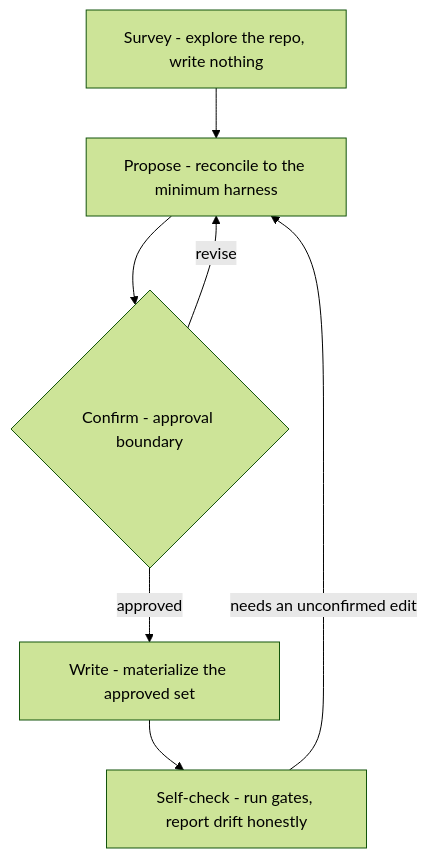
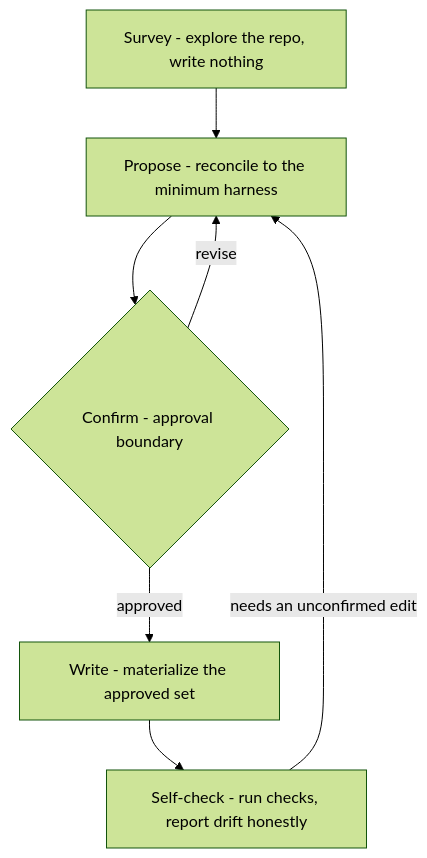
One commit to ZPerrin/loom changed the diagram in skills/dress/SKILL.md. Above: the diagram before and after it, drawn with Mermaid (forest theme). The commit also changed other lines of this file and 15 other files, not shown here.

````diff
--- a/skills/dress/SKILL.md
+++ b/skills/dress/SKILL.md
@@ -29,9 +29,9 @@
 ```mermaid
 flowchart TD
     survey["Survey - explore the repo, write nothing"] --> propose["Propose - reconcile to the minimum harness"]
-    propose --> gate{"Confirm - approval boundary"}
-    gate -->|revise| propose
-    gate -->|approved| write["Write - materialize the approved set"]
-    write --> check["Self-check - run gates, report drift honestly"]
+    propose --> confirm{"Confirm - approval boundary"}
+    confirm -->|revise| propose
+    confirm -->|approved| write["Write - materialize the approved set"]
+    write --> check["Self-check - run checks, report drift honestly"]
     check -->|"needs an unconfirmed edit"| propose
 ```
````
